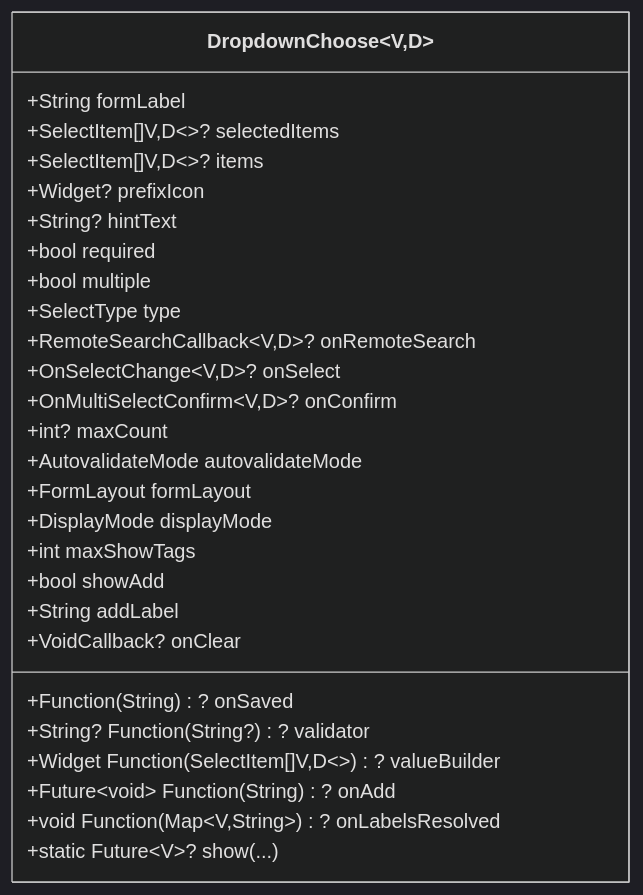
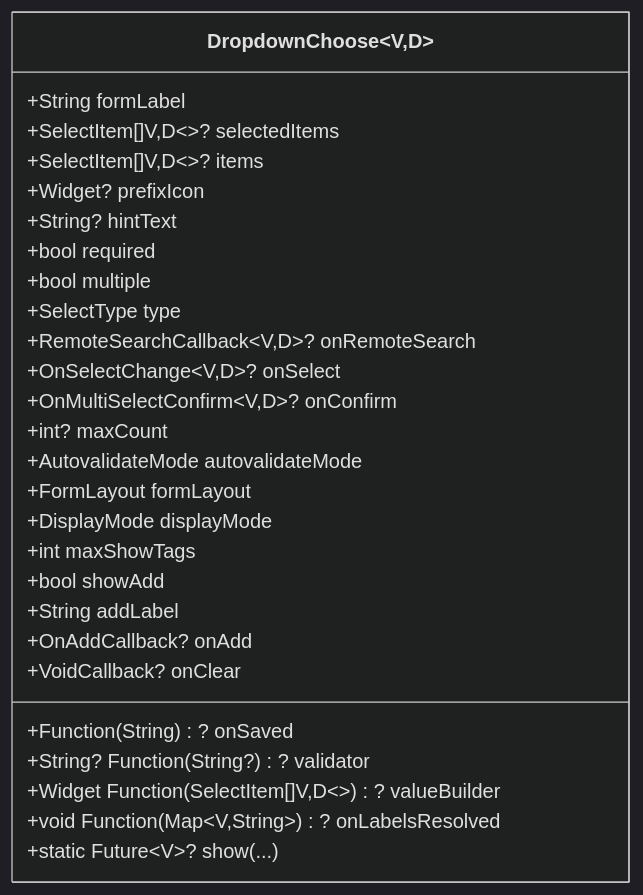
Before and after one commit to yuzhido/lite-ui: the third of 6 diagrams in .qoder/repowiki/zh/content/高级组件/下拉选择器.md, drawn with Mermaid (dark theme). The commit also changed other lines of this file and 25 other files, not shown here.

````diff
--- a/.qoder/repowiki/zh/content/高级组件/下拉选择器.md
+++ b/.qoder/repowiki/zh/content/高级组件/下拉选择器.md
@@ -178,30 +173,30 @@
 ```mermaid
 classDiagram
 class DropdownChoose~V,D~ {
 +String formLabel
 +SelectItem[]V,D~~? selectedItems
 +SelectItem[]V,D~~? items
 +Widget? prefixIcon
 +String? hintText
 +bool required
 +bool multiple
 +SelectType type
 +RemoteSearchCallback~V,D~? onRemoteSearch
 +OnSelectChange~V,D~? onSelect
 +OnMultiSelectConfirm~V,D~? onConfirm
 +int? maxCount
 +Function(String)? onSaved
 +String? Function(String?)? validator
 +AutovalidateMode autovalidateMode
 +FormLayout formLayout
 +DisplayMode displayMode
 +int maxShowTags
 +Widget Function(SelectItem[]V,D~~)? valueBuilder
 +bool showAdd
 +String addLabel
-+Future~void~ Function(String)? onAdd
++OnAddCallback? onAdd
 +void Function(Map~V,String~)? onLabelsResolved
 +VoidCallback? onClear
 +static Future~V~? show(...)
 }
 ```
````
